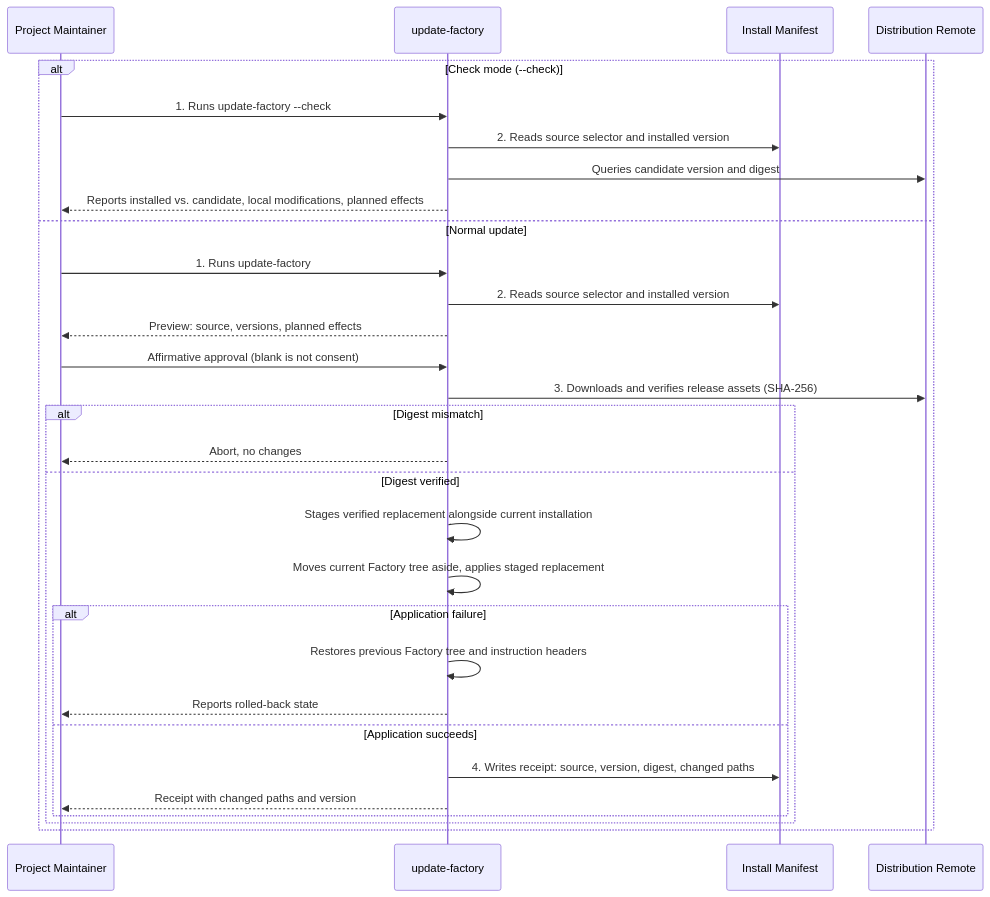
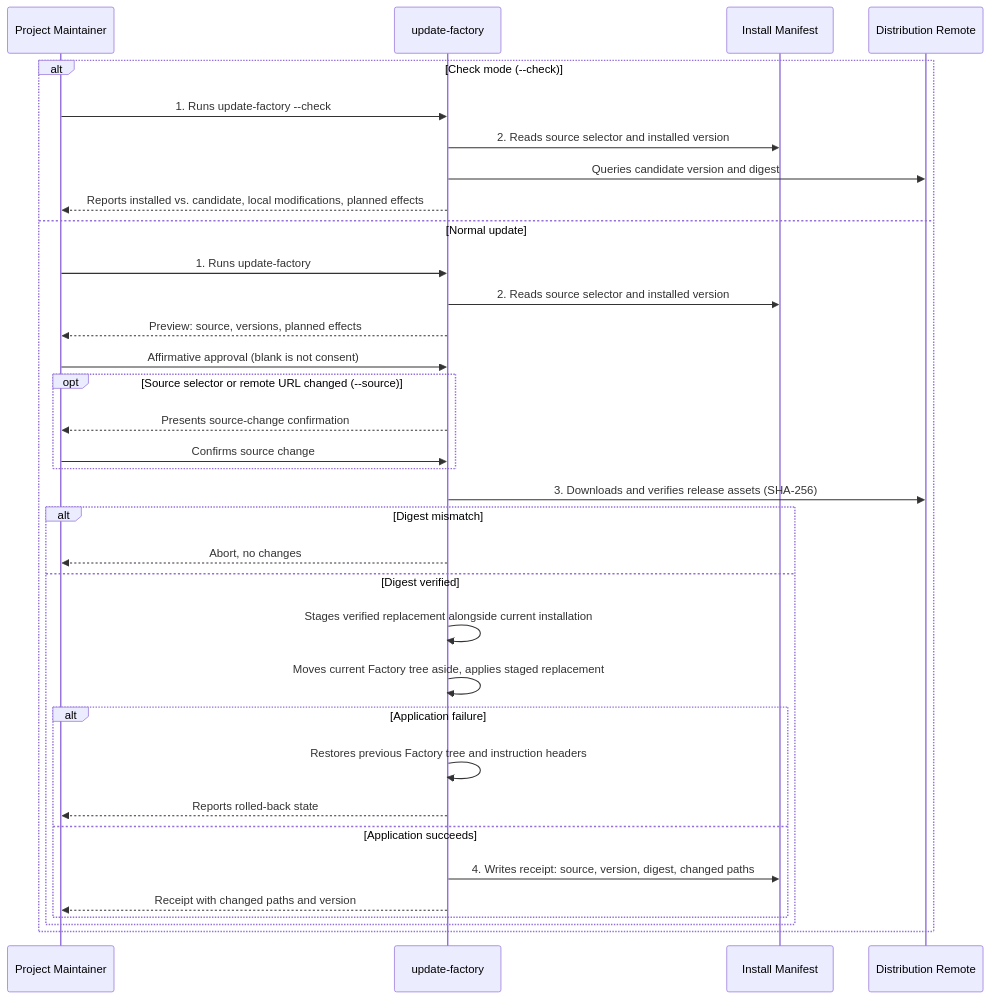
Diagram 17 of 17 in docs/arc42/06_runtime_view.md (matthiasdaues/agent_factory), drawn with Mermaid before and after one commit. The commit also changed other lines of this file and 32 other files, not shown here.

Commit message:
docs: finalize value-first onboarding architecture review

````diff
--- a/docs/arc42/06_runtime_view.md
+++ b/docs/arc42/06_runtime_view.md
@@ -521,33 +537,37 @@
 ```mermaid
 sequenceDiagram
     participant M as Project Maintainer
     participant UF as update-factory
     participant IM as Install Manifest
     participant DR as Distribution Remote
 
     alt Check mode (--check)
         M->>UF: 1. Runs update-factory --check
         UF->>IM: 2. Reads source selector and installed version
         UF->>DR: Queries candidate version and digest
         UF-->>M: Reports installed vs. candidate, local modifications, planned effects
     else Normal update
         M->>UF: 1. Runs update-factory
         UF->>IM: 2. Reads source selector and installed version
         UF-->>M: Preview: source, versions, planned effects
         M->>UF: Affirmative approval (blank is not consent)
+        opt Source selector or remote URL changed (--source)
+            UF-->>M: Presents source-change confirmation
+            M->>UF: Confirms source change
+        end
         UF->>DR: 3. Downloads and verifies release assets (SHA-256)
         alt Digest mismatch
             UF-->>M: Abort, no changes
         else Digest verified
             UF->>UF: Stages verified replacement alongside current installation
             UF->>UF: Moves current Factory tree aside, applies staged replacement
             alt Application failure
                 UF->>UF: Restores previous Factory tree and instruction headers
                 UF-->>M: Reports rolled-back state
             else Application succeeds
                 UF->>IM: 4. Writes receipt: source, version, digest, changed paths
                 UF-->>M: Receipt with changed paths and version
             end
         end
     end
 ```
````
